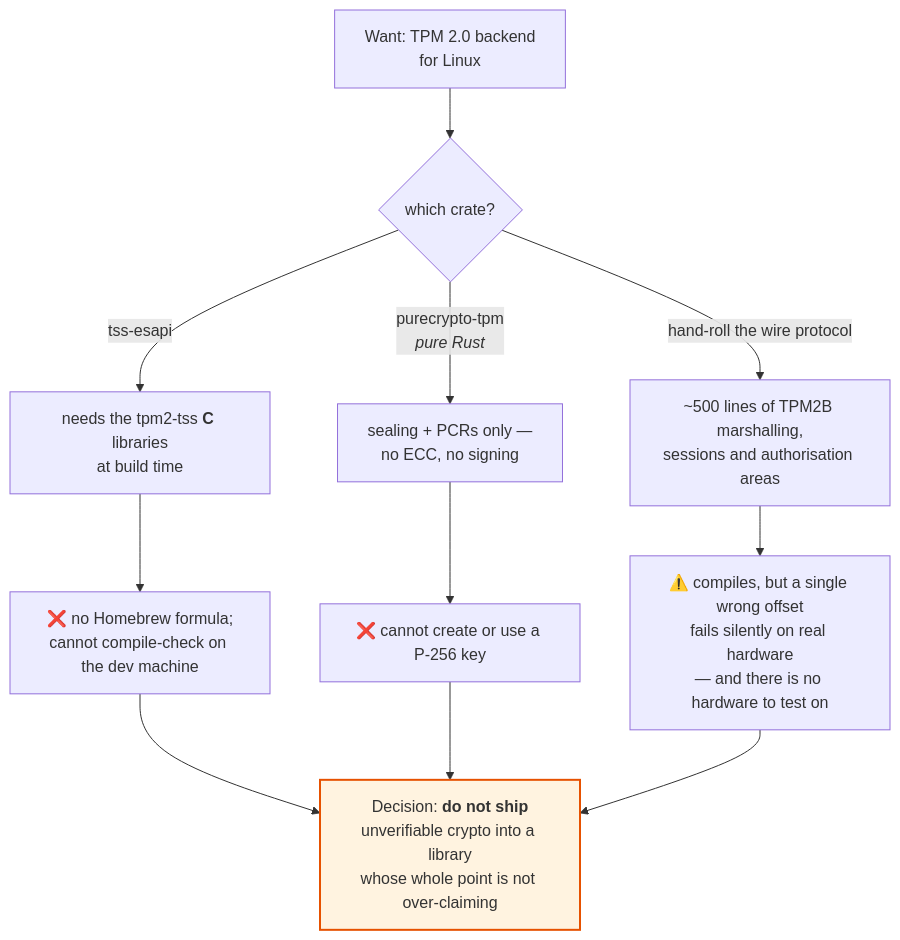
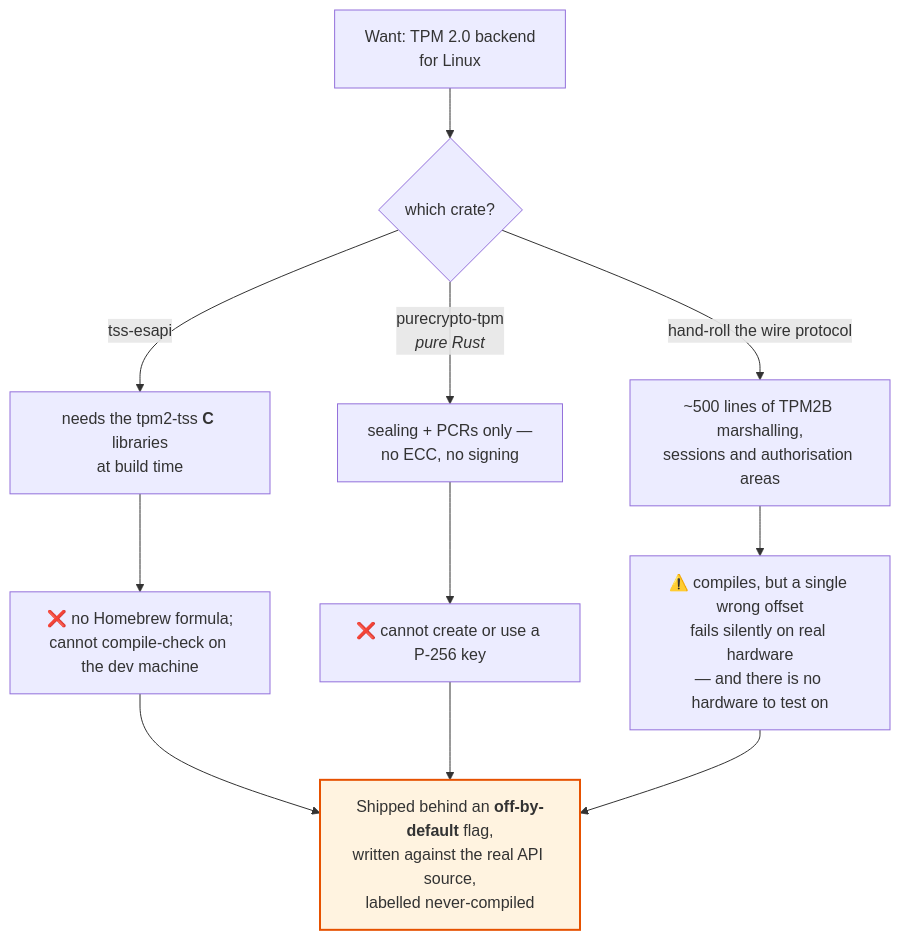
Before and after one commit to vaam-apps/tauri-sign-keypair: the first of 3 diagrams in docs/07-linux-tpm.md, drawn with Mermaid. The commit also changed other lines of this file and 5 other files, not shown here.

First line of the commit message:
feat(linux): TPM 2.0 backend behind an off-by-default `linux-tpm` feature

````diff
--- a/docs/07-linux-tpm.md
+++ b/docs/07-linux-tpm.md
@@ -13,14 +18,14 @@
 ```mermaid
 flowchart TB
     W["Want: TPM 2.0 backend<br/>for Linux"] --> A{"which crate?"}
     A -->|"tss-esapi"| A1["needs the tpm2-tss <b>C</b> libraries<br/>at build time"]
     A1 --> A2["❌ no Homebrew formula;<br/>cannot compile-check on the dev machine"]
     A -->|"purecrypto-tpm<br/><i>pure Rust</i>"| B1["sealing + PCRs only —<br/>no ECC, no signing"]
     B1 --> B2["❌ cannot create or use a P-256 key"]
     A -->|"hand-roll the wire protocol"| C1["~500 lines of TPM2B marshalling,<br/>sessions and authorisation areas"]
     C1 --> C2["⚠️ compiles, but a single wrong offset<br/>fails silently on real hardware<br/>— and there is no hardware to test on"]
 
-    A2 & B2 & C2 --> D["Decision: <b>do not ship</b><br/>unverifiable crypto into a library<br/>whose whole point is not over-claiming"]
+    A2 & B2 & C2 --> D["Shipped behind an <b>off-by-default</b> flag,<br/>written against the real API source,<br/>labelled never-compiled"]
 
     style D fill:#fff3e0,stroke:#e65100,stroke-width:2px
 ```
````
